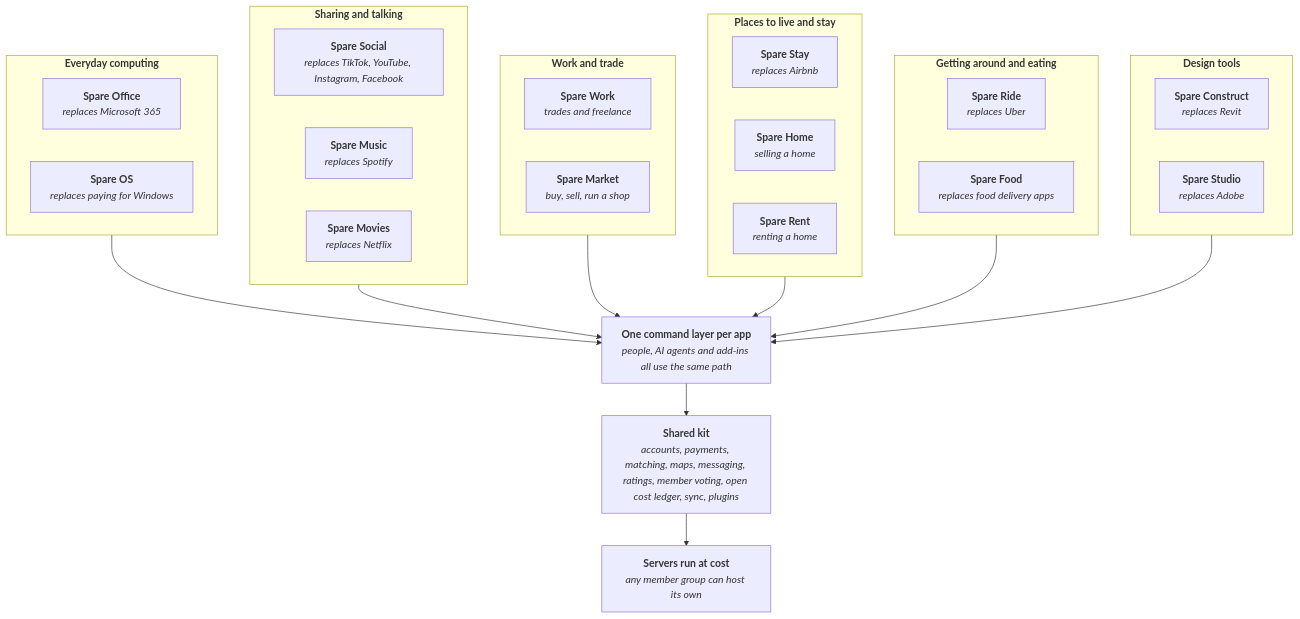
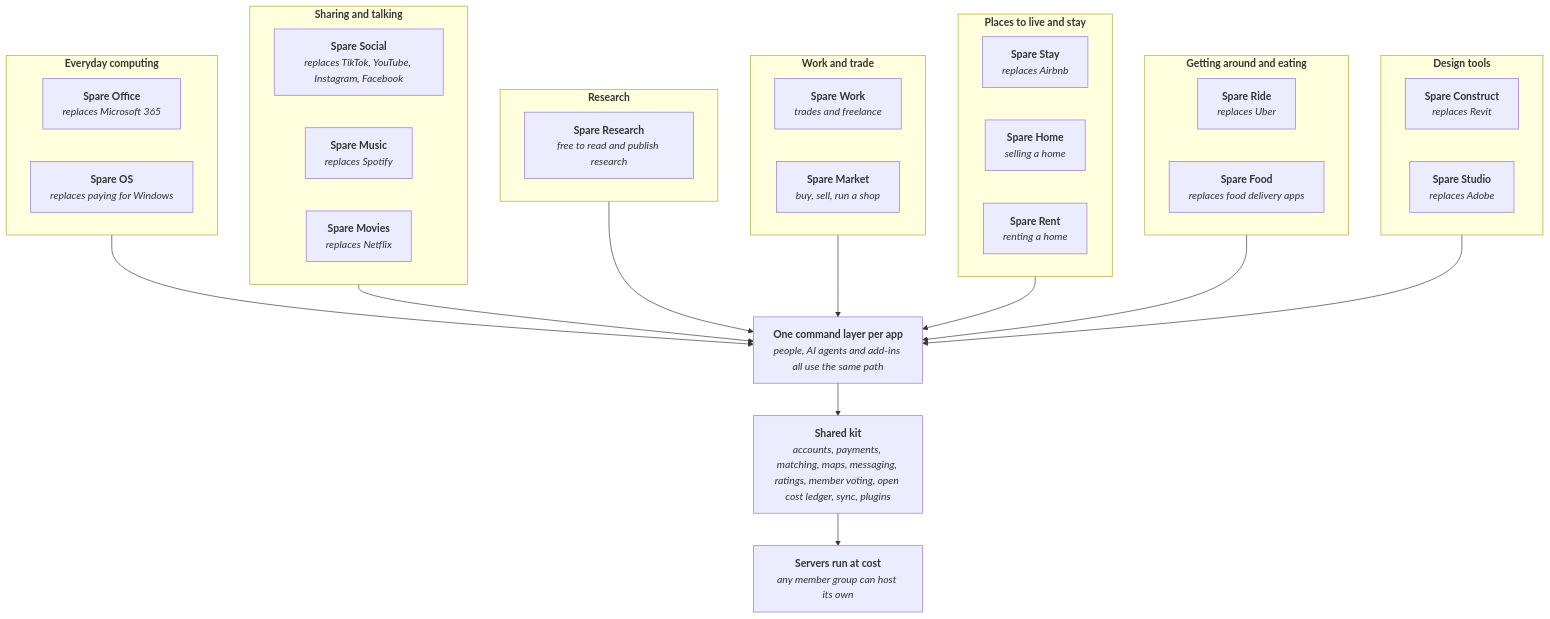
The diagram in README.md (spareware-co-op/spareware), drawn with Mermaid before and after one commit. The commit also changed other lines of this file and 8 other files, not shown here.

Commit message:
Human and AI sections in Spare Music and Spare Movies; Spare Research at the Idea stage; bug reports from every app straight to GitHub (kit)

````diff
--- a/README.md
+++ b/README.md
@@ -19,62 +19,68 @@
 ```mermaid
 flowchart TB
   subgraph TRADE["`**Work and trade**`"]
     direction LR
     WORK["`**Spare Work**
 *trades and freelance*`"]
     MARKET["`**Spare Market**
 *buy, sell, run a shop*`"]
   end
   subgraph LIVE["`**Places to live and stay**`"]
     direction LR
     STAY["`**Spare Stay**
 *replaces Airbnb*`"]
     HOME["`**Spare Home**
 *selling a home*`"]
     RENT["`**Spare Rent**
 *renting a home*`"]
   end
   subgraph MOVE["`**Getting around and eating**`"]
     direction LR
     RIDE["`**Spare Ride**
 *replaces Uber*`"]
     FOOD["`**Spare Food**
 *replaces food delivery apps*`"]
   end
   subgraph DESIGN["`**Design tools**`"]
     direction LR
     CONSTRUCT["`**Spare Construct**
 *replaces Revit*`"]
     STUDIO["`**Spare Studio**
 *replaces Adobe*`"]
   end
   subgraph SHARE["`**Sharing and talking**`"]
     direction LR
     SOCIAL["`**Spare Social**
 *replaces TikTok, YouTube, Instagram, Facebook*`"]
     MUSIC["`**Spare Music**
 *replaces Spotify*`"]
     MOVIES["`**Spare Movies**
 *replaces Netflix*`"]
   end
+  subgraph SCIENCE["`**Research**`"]
+    direction LR
+    RESEARCH["`**Spare Research**
+*free to read and publish research*`"]
+  end
   subgraph COMPUTE["`**Everyday computing**`"]
     direction LR
     OFFICE["`**Spare Office**
 *replaces Microsoft 365*`"]
     OSYS["`**Spare OS**
 *replaces paying for Windows*`"]
   end
   CMD["`**One command layer per app**
 *people, AI agents and add-ins all use the same path*`"]
   KIT["`**Shared kit**
 *accounts, payments, matching, maps, messaging, ratings, member voting, open cost ledger, sync, plugins*`"]
   RUN["`**Servers run at cost**
 *any member group can host its own*`"]
   COMPUTE --> CMD
   SHARE --> CMD
+  SCIENCE --> CMD
   TRADE --> CMD
   LIVE --> CMD
   MOVE --> CMD
   DESIGN --> CMD
   CMD --> KIT --> RUN
 ```
````
